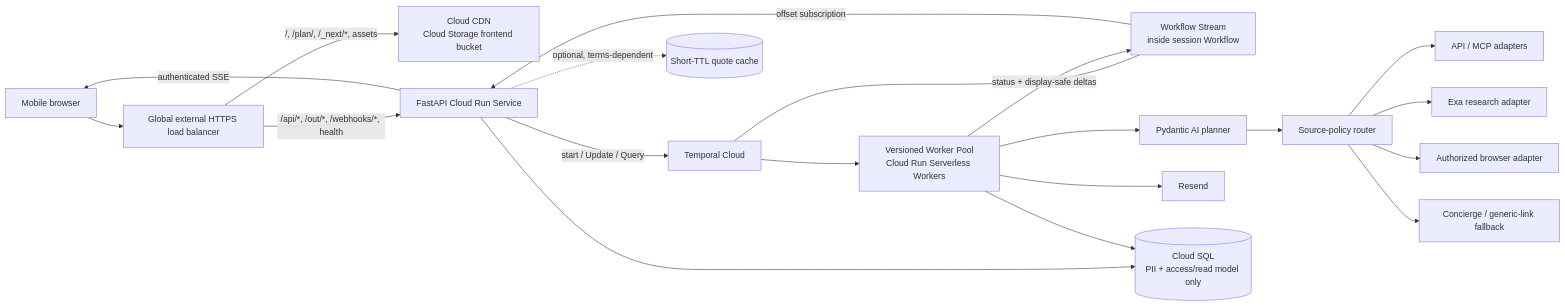
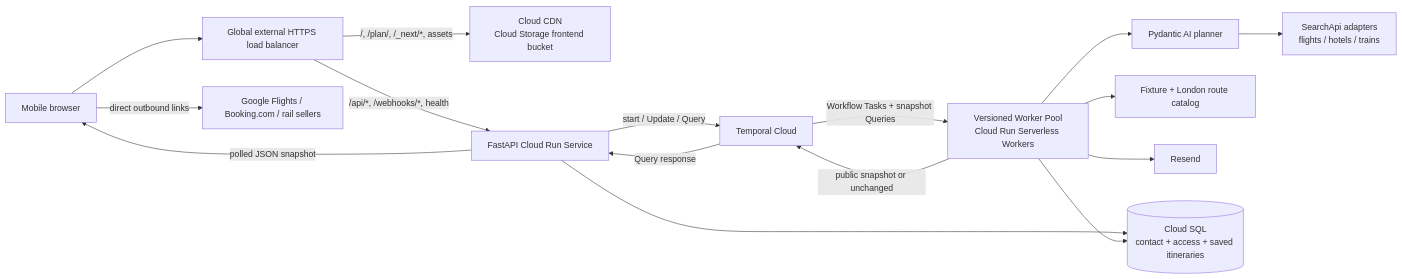
The diagram in planning/mvp-plan.md (atbaker/cpfc-europa-trip), drawn with Mermaid before and after one commit. The commit also changed other lines of this file and 154 other files, not shown here.

````diff
--- a/planning/mvp-plan.md
+++ b/planning/mvp-plan.md
@@ -309,22 +360,18 @@
 ```mermaid
 flowchart LR
     U[Mobile browser] --> E[Global external HTTPS load balancer]
     E -->|/, /plan/, /_next/*, assets| S[Cloud CDN<br/>Cloud Storage frontend bucket]
-    E -->|/api/*, /out/*, /webhooks/*, health| A[FastAPI Cloud Run Service]
+    E -->|/api/*, /webhooks/*, health| A[FastAPI Cloud Run Service]
     A -->|start / Update / Query| T[Temporal Cloud]
-    T --> W[Versioned Worker Pool<br/>Cloud Run Serverless Workers]
-    T --- Q[Workflow Stream<br/>inside session Workflow]
-    W -->|status + display-safe deltas| Q
-    Q -->|offset subscription| A
-    A -->|authenticated SSE| U
+    T -->|Workflow Tasks + snapshot Queries| W[Versioned Worker Pool<br/>Cloud Run Serverless Workers]
+    W -->|public snapshot or unchanged| T
+    T -->|Query response| A
+    A -->|polled JSON snapshot| U
     W --> P[Pydantic AI planner]
-    P --> O[Source-policy router]
-    O --> F[API / MCP adapters]
-    O --> X[Exa research adapter]
-    O --> B[Authorized browser adapter]
-    O --> C[Concierge / generic-link fallback]
+    P --> F[SearchApi adapters<br/>flights / hotels / trains]
+    W --> C[Fixture + London route catalog]
+    U -->|direct outbound links| L[Google Flights / Booking.com / rail sellers]
     W --> R[Resend]
-    A --> D[(Cloud SQL<br/>PII + access/read model only)]
+    A --> D[(Cloud SQL<br/>contact + access + saved itineraries)]
     W --> D
-    A -. optional, terms-dependent .-> K[(Short-TTL quote cache)]
 ```
````
